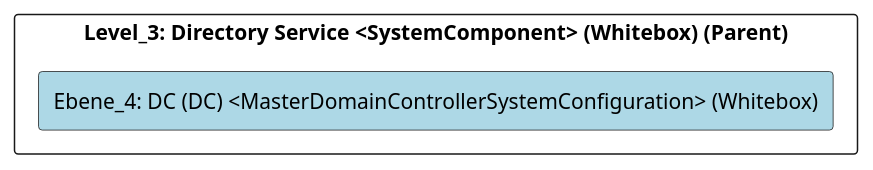
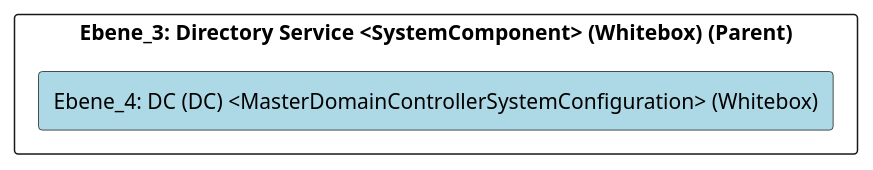
One commit to marcozwyssig/cleon changed the diagram in src/cleon.architecturemethods.arc42.sample/doc/cleon_architecturemethods_arc42_sample_system/adoc/de/05_bausteinsicht/ikt/application/directory_service/dc/ebene_4_dc.adoc. Above: the diagram before and after it, drawn with PlantUML. The commit also changed other lines of this file and 620 other files, not shown here.

```diff
--- a/src/cleon.architecturemethods.arc42.sample/doc/cleon_architecturemethods_arc42_sample_system/adoc/de/05_bausteinsicht/ikt/application/directory_service/dc/ebene_4_dc.adoc
+++ b/src/cleon.architecturemethods.arc42.sample/doc/cleon_architecturemethods_arc42_sample_system/adoc/de/05_bausteinsicht/ikt/application/directory_service/dc/ebene_4_dc.adoc
@@ -24,24 +24,24 @@
 [plantuml, Ebene_4: DC (DC) <MasterDomainControllerSystemConfiguration> (Whitebox)BlockOverview, format="svg"]
 ----
 @startuml Ebene_4: DC (DC) <MasterDomainControllerSystemConfiguration> (Whitebox)BuildingBlockOverview
 
 skinparam ranksep 10
 skinparam componentStyle rectangle
 skinparam shadowing false
 skinparam arrowColor lightblue
 skinparam arrowThickness 1.2
 skinparam rectangle {
   BackgroundColor White
   BorderColor #333
   RoundCorner 10
 }
 top to bottom direction
 
-component "Level_3: Directory Service <SystemComponent> (Whitebox) (Parent)" {
+component "Ebene_3: Directory Service <SystemComponent> (Whitebox) (Parent)" {
     component "Ebene_4: DC (DC) <MasterDomainControllerSystemConfiguration> (Whitebox)" #lightblue {
     }
 
 }
 
 @enduml
 ----
```
